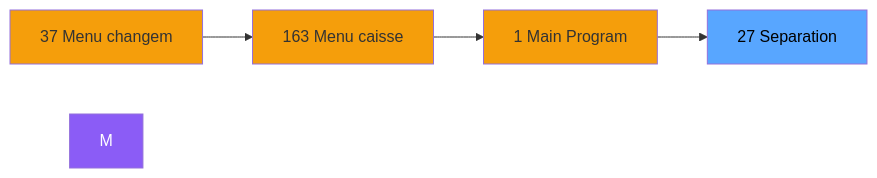
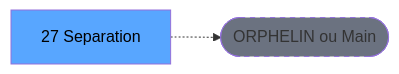
The second of 3 diagrams in .openspec/specs/ADH-IDE-27.md (thonyAGP/lecteur-magic), drawn with Mermaid before and after one commit. The commit also changed other lines of this file and 701 other files, not shown here.

````diff
--- a/.openspec/specs/ADH-IDE-27.md
+++ b/.openspec/specs/ADH-IDE-27.md
@@ -205,15 +176,8 @@
 ```mermaid
 graph LR
-    N37[37 Menu changem]
-    N163[163 Menu caisse ]
-    N1[1 Main Program]
     T[27 Separation]
-    N37 --> N163
-    N163 --> N1
-    N1 --> T
-    style M fill:#8b5cf6,color:#fff
-    style N37 fill:#f59e0b
-    style N163 fill:#f59e0b
-    style N1 fill:#f59e0b
+    ORPHAN([ORPHELIN ou Main])
+    T -.-> ORPHAN
     style T fill:#58a6ff,color:#000
+    style ORPHAN fill:#6b7280,stroke-dasharray: 5 5
 ```
````
